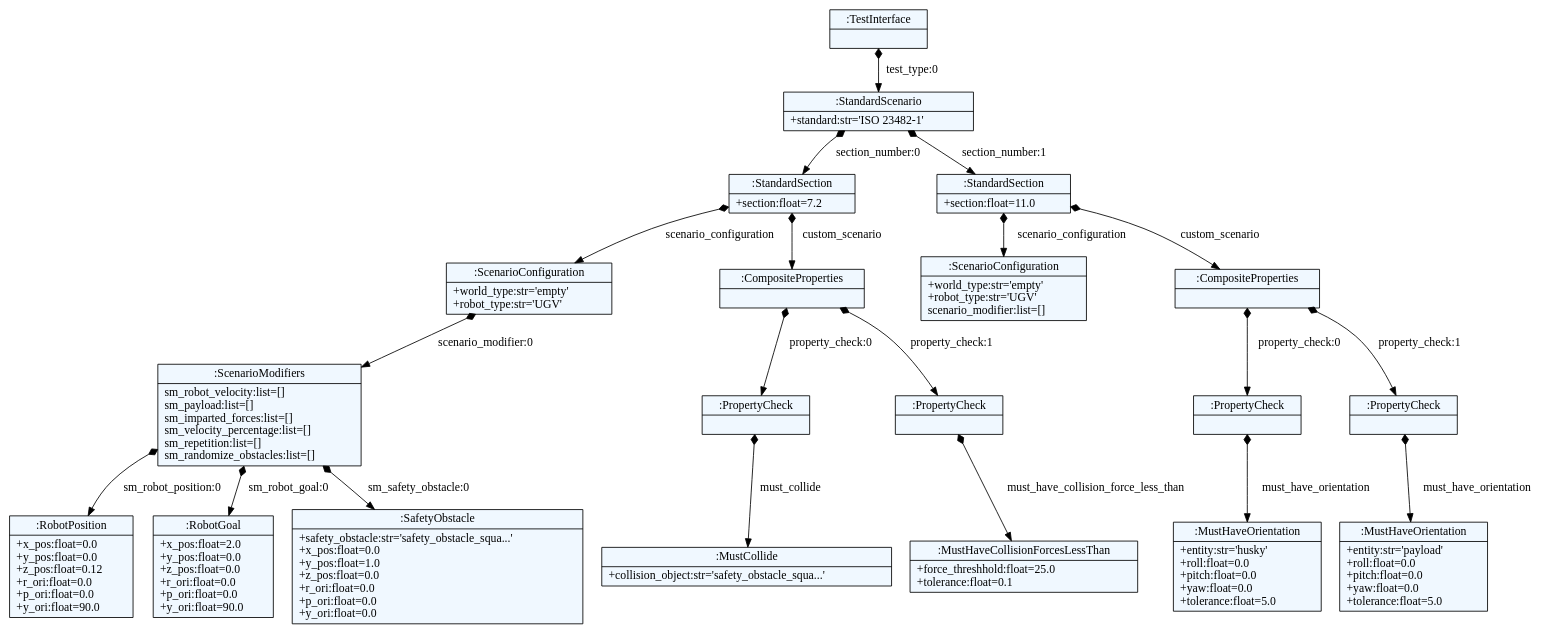
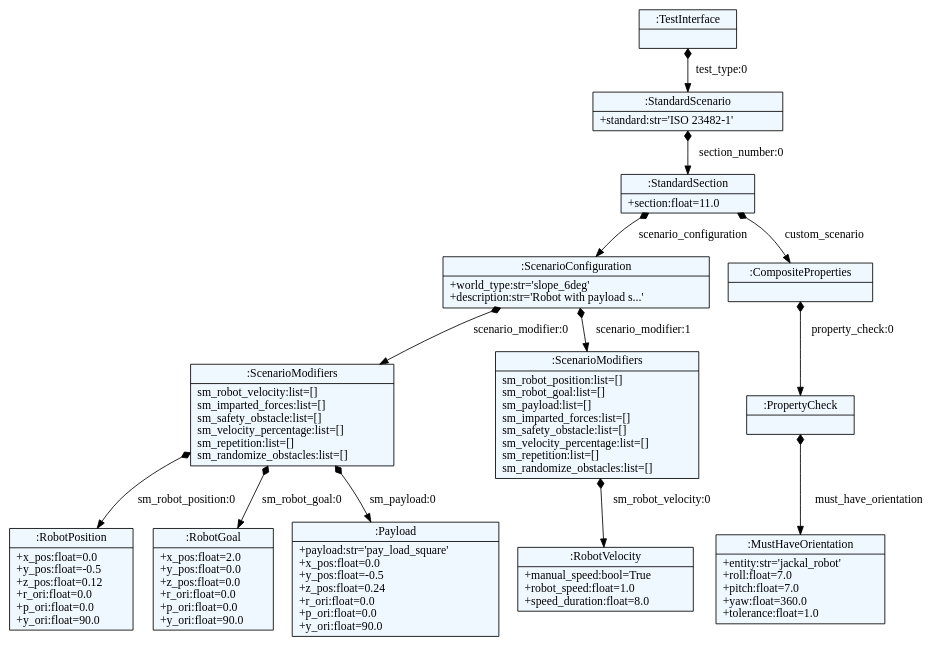
Before and after one commit to SOHAIL1996/property_based_tester: the diagram in src/property_based_tester/property_based_language_generation/test_definitions.dot, drawn with Graphviz. The commit also changed 15 other files, not shown here.

Commit message:
ISO 23482-1 Sec 11 (payload) complete

```diff
--- a/src/property_based_tester/property_based_language_generation/test_definitions.dot
+++ b/src/property_based_tester/property_based_language_generation/test_definitions.dot
@@ -1,54 +1,40 @@
 
     digraph textX {
     fontname = "Bitstream Vera Sans"
     fontsize = 8
     node[
         shape=record,
         style=filled,
         fillcolor=aliceblue
     ]
     nodesep = 0.3
     edge[dir=black,arrowtail=empty]
 
 
-140602595076608 -> 140602595075312 [label="test_type:0" arrowtail=diamond dir=both]
-140602595075312 -> 140602595074448 [label="section_number:0" arrowtail=diamond dir=both]
-140602595074448 -> 140602595216880 [label="scenario_configuration" arrowtail=diamond dir=both]
-140602595216880 -> 140602595216448 [label="scenario_modifier:0" arrowtail=diamond dir=both]
-140602595216448 -> 140602595215584 [label="sm_robot_position:0" arrowtail=diamond dir=both]
-140602595215584[label="{:RobotPosition|+x_pos:float=0.0\l+y_pos:float=0.0\l+z_pos:float=0.12\l+r_ori:float=0.0\l+p_ori:float=0.0\l+y_ori:float=90.0\l}"]
-140602595216448 -> 140602595215632 [label="sm_robot_goal:0" arrowtail=diamond dir=both]
-140602595215632[label="{:RobotGoal|+x_pos:float=2.0\l+y_pos:float=0.0\l+z_pos:float=0.0\l+r_ori:float=0.0\l+p_ori:float=0.0\l+y_ori:float=90.0\l}"]
-140602595216448 -> 140602595215488 [label="sm_safety_obstacle:0" arrowtail=diamond dir=both]
-140602595215488[label="{:SafetyObstacle|+safety_obstacle:str='safety_obstacle_squa...'\l+x_pos:float=0.0\l+y_pos:float=1.0\l+z_pos:float=0.0\l+r_ori:float=0.0\l+p_ori:float=0.0\l+y_ori:float=0.0\l}"]
-140602595216448[label="{:ScenarioModifiers|sm_robot_velocity:list=[]\lsm_payload:list=[]\lsm_imparted_forces:list=[]\lsm_velocity_percentage:list=[]\lsm_repetition:list=[]\lsm_randomize_obstacles:list=[]\l}"]
-140602595216880[label="{:ScenarioConfiguration|+world_type:str='empty'\l+robot_type:str='UGV'\l}"]
-140602595074448 -> 140602595216688 [label="custom_scenario" arrowtail=diamond dir=both]
-140602595216688 -> 140602595215536 [label="property_check:0" arrowtail=diamond dir=both]
-140602595215536 -> 140602595215104 [label="must_collide" arrowtail=diamond dir=both]
-140602595215104[label="{:MustCollide|+collision_object:str='safety_obstacle_squa...'\l}"]
-140602595215536[label="{:PropertyCheck|}"]
-140602595216688 -> 140602595215056 [label="property_check:1" arrowtail=diamond dir=both]
-140602595215056 -> 140602595118768 [label="must_have_collision_force_less_than" arrowtail=diamond dir=both]
-140602595118768[label="{:MustHaveCollisionForcesLessThan|+force_threshhold:float=25.0\l+tolerance:float=0.1\l}"]
-140602595215056[label="{:PropertyCheck|}"]
-140602595216688[label="{:CompositeProperties|}"]
-140602595074448[label="{:StandardSection|+section:float=7.2\l}"]
-140602595075312 -> 140602595216928 [label="section_number:1" arrowtail=diamond dir=both]
-140602595216928 -> 140602595215872 [label="scenario_configuration" arrowtail=diamond dir=both]
-140602595215872[label="{:ScenarioConfiguration|+world_type:str='empty'\l+robot_type:str='UGV'\lscenario_modifier:list=[]\l}"]
-140602595216928 -> 140602595214576 [label="custom_scenario" arrowtail=diamond dir=both]
-140602595214576 -> 140602595118048 [label="property_check:0" arrowtail=diamond dir=both]
-140602595118048 -> 140602595117712 [label="must_have_orientation" arrowtail=diamond dir=both]
-140602595117712[label="{:MustHaveOrientation|+entity:str='husky'\l+roll:float=0.0\l+pitch:float=0.0\l+yaw:float=0.0\l+tolerance:float=5.0\l}"]
-140602595118048[label="{:PropertyCheck|}"]
-140602595214576 -> 140602595216736 [label="property_check:1" arrowtail=diamond dir=both]
-140602595216736 -> 140602595117760 [label="must_have_orientation" arrowtail=diamond dir=both]
-140602595117760[label="{:MustHaveOrientation|+entity:str='payload'\l+roll:float=0.0\l+pitch:float=0.0\l+yaw:float=0.0\l+tolerance:float=5.0\l}"]
-140602595216736[label="{:PropertyCheck|}"]
-140602595214576[label="{:CompositeProperties|}"]
-140602595216928[label="{:StandardSection|+section:float=11.0\l}"]
-140602595075312[label="{:StandardScenario|+standard:str='ISO 23482-1'\l}"]
-140602595076608[label="{:TestInterface|}"]
+139774511078464 -> 139774511076832 [label="test_type:0" arrowtail=diamond dir=both]
+139774511076832 -> 139774511076976 [label="section_number:0" arrowtail=diamond dir=both]
+139774511076976 -> 139774511077456 [label="scenario_configuration" arrowtail=diamond dir=both]
+139774511077456 -> 139774511077792 [label="scenario_modifier:0" arrowtail=diamond dir=both]
+139774511077792 -> 139774511078752 [label="sm_robot_position:0" arrowtail=diamond dir=both]
+139774511078752[label="{:RobotPosition|+x_pos:float=0.0\l+y_pos:float=-0.5\l+z_pos:float=0.12\l+r_ori:float=0.0\l+p_ori:float=0.0\l+y_ori:float=90.0\l}"]
+139774511077792 -> 139774511079376 [label="sm_robot_goal:0" arrowtail=diamond dir=both]
+139774511079376[label="{:RobotGoal|+x_pos:float=2.0\l+y_pos:float=0.0\l+z_pos:float=0.0\l+r_ori:float=0.0\l+p_ori:float=0.0\l+y_ori:float=90.0\l}"]
+139774511077792 -> 139774511078608 [label="sm_payload:0" arrowtail=diamond dir=both]
+139774511078608[label="{:Payload|+payload:str='pay_load_square'\l+x_pos:float=0.0\l+y_pos:float=-0.5\l+z_pos:float=0.24\l+r_ori:float=0.0\l+p_ori:float=0.0\l+y_ori:float=90.0\l}"]
+139774511077792[label="{:ScenarioModifiers|sm_robot_velocity:list=[]\lsm_imparted_forces:list=[]\lsm_safety_obstacle:list=[]\lsm_velocity_percentage:list=[]\lsm_repetition:list=[]\lsm_randomize_obstacles:list=[]\l}"]
+139774511077456 -> 139774511077744 [label="scenario_modifier:1" arrowtail=diamond dir=both]
+139774511077744 -> 139774511024544 [label="sm_robot_velocity:0" arrowtail=diamond dir=both]
+139774511024544[label="{:RobotVelocity|+manual_speed:bool=True\l+robot_speed:float=1.0\l+speed_duration:float=8.0\l}"]
+139774511077744[label="{:ScenarioModifiers|sm_robot_position:list=[]\lsm_robot_goal:list=[]\lsm_payload:list=[]\lsm_imparted_forces:list=[]\lsm_safety_obstacle:list=[]\lsm_velocity_percentage:list=[]\lsm_repetition:list=[]\lsm_randomize_obstacles:list=[]\l}"]
+139774511077456[label="{:ScenarioConfiguration|+world_type:str='slope_6deg'\l+description:str='Robot with payload s...'\l}"]
+139774511076976 -> 139774511077408 [label="custom_scenario" arrowtail=diamond dir=both]
+139774511077408 -> 139774510956400 [label="property_check:0" arrowtail=diamond dir=both]
+139774510956400 -> 139774510953424 [label="must_have_orientation" arrowtail=diamond dir=both]
+139774510953424[label="{:MustHaveOrientation|+entity:str='jackal_robot'\l+roll:float=7.0\l+pitch:float=7.0\l+yaw:float=360.0\l+tolerance:float=1.0\l}"]
+139774510956400[label="{:PropertyCheck|}"]
+139774511077408[label="{:CompositeProperties|}"]
+139774511076976[label="{:StandardSection|+section:float=11.0\l}"]
+139774511076832[label="{:StandardScenario|+standard:str='ISO 23482-1'\l}"]
+139774511078464[label="{:TestInterface|}"]
 
 }
```
